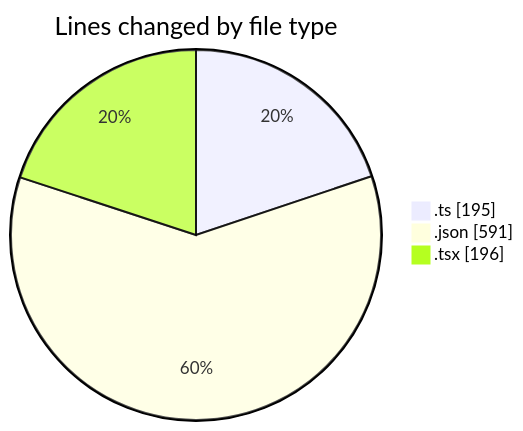
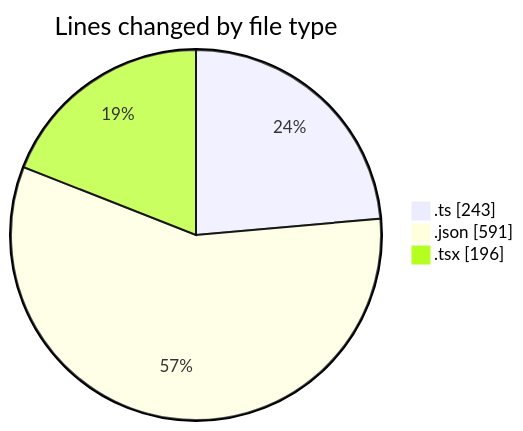
One commit to EIIisD/code-tracking changed the first of 2 diagrams in 2025-07-12/ribbon/README.md. Above: the diagram before and after it, drawn with Mermaid. The commit also changed other lines of this file and 1 other file, not shown here.

````diff
--- a/2025-07-12/ribbon/README.md
+++ b/2025-07-12/ribbon/README.md
@@ -27,7 +27,7 @@
 ```mermaid
 pie showData
 title Lines changed by file type
-".ts" : 195
+".ts" : 243
 ".json" : 591
 ".tsx" : 196
 ```
````
